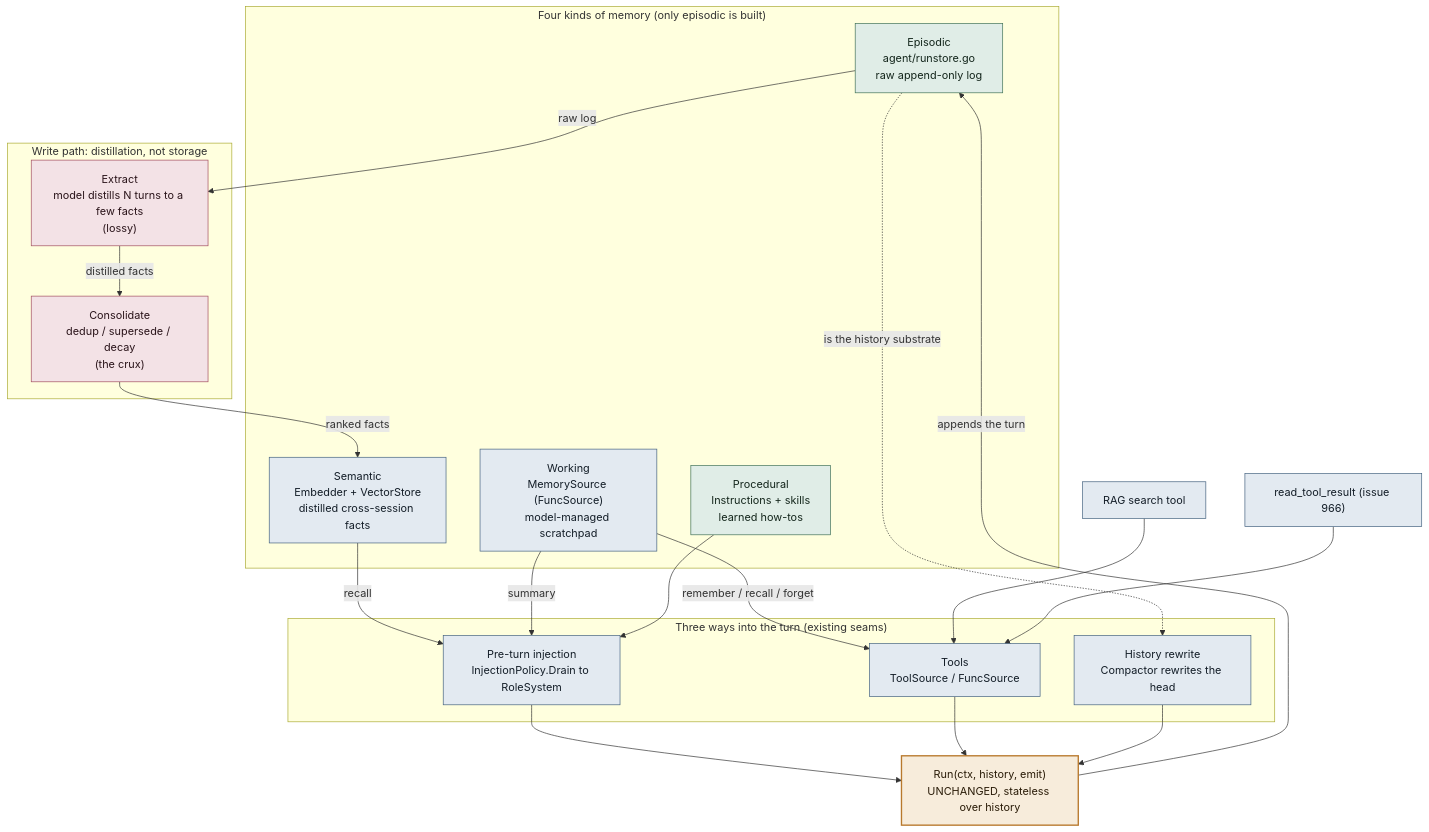
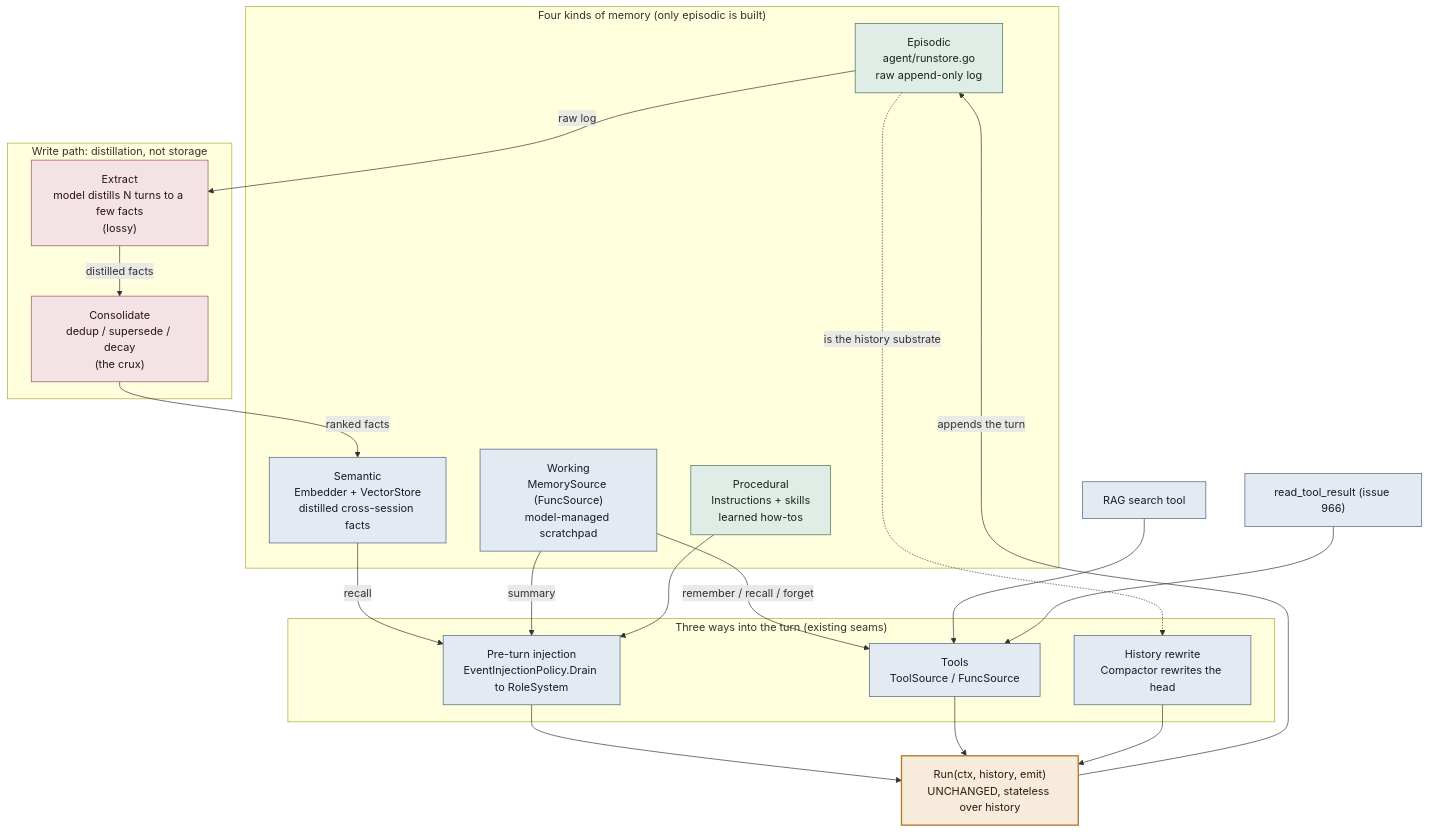
One commit to panyam/chakra changed the diagram in docs/AGENT_MEMORY_FLOW.md. Above: the diagram before and after it, drawn with Mermaid. The commit also changed other lines of this file and 2 other files, not shown here.

Commit message:
refactor(agent): rename InjectionPolicy -> EventInjectionPolicy
The policy is entirely event-shaped (IncomingEvent buffering, ContextHint
from event _meta, per-event aggregation windows + retention). The old
name implied it was the one injection mechanism; semantic recall (940)
adds a separate memory-injection path, so name the event one for what it
is. Mechanical rename: InjectionPolicy/NewInjectionPolicy/InjectionConfig
-> Event-prefixed. ContextHint and InjectedContext keep their names — the
latter is the shared 'rendered entry to inject' shape a memory-injection
path can reuse.

````diff
--- a/docs/AGENT_MEMORY_FLOW.md
+++ b/docs/AGENT_MEMORY_FLOW.md
@@ -9,53 +9,53 @@
 ```mermaid
 flowchart TD
     subgraph TYPES["Four kinds of memory (only episodic is built)"]
         EP["Episodic<br/>agent/runstore.go<br/>raw append-only log"]
         WK["Working<br/>MemorySource (FuncSource)<br/>model-managed scratchpad"]
         SEM["Semantic<br/>Embedder + VectorStore<br/>distilled cross-session facts"]
         PROC["Procedural<br/>Instructions + skills<br/>learned how-tos"]
     end
 
     subgraph PATHS["Three ways into the turn (existing seams)"]
-        INJ["Pre-turn injection<br/>InjectionPolicy.Drain to RoleSystem"]
+        INJ["Pre-turn injection<br/>EventInjectionPolicy.Drain to RoleSystem"]
         TOOL["Tools<br/>ToolSource / FuncSource"]
         HIST["History rewrite<br/>Compactor rewrites the head"]
     end
 
     RUN["Run(ctx, history, emit)<br/>UNCHANGED, stateless over history"]
 
     subgraph WRITE["Write path: distillation, not storage"]
         EXT["Extract<br/>model distills N turns to a few facts<br/>(lossy)"]
         CON["Consolidate<br/>dedup / supersede / decay<br/>(the crux)"]
     end
 
     RAG["RAG search tool"]
     OFF["read_tool_result (issue 966)"]
 
     SEM -- recall --> INJ
     WK -- summary --> INJ
     PROC --> INJ
     WK -- remember / recall / forget --> TOOL
     RAG --> TOOL
     OFF --> TOOL
     EP -. is the history substrate .-> HIST
 
     INJ --> RUN
     TOOL --> RUN
     HIST --> RUN
 
     RUN -- appends the turn --> EP
     EP -- raw log --> EXT
     EXT -- distilled facts --> CON
     CON -- ranked facts --> SEM
 
     classDef built fill:#e0ede7,stroke:#3f7057,color:#14261c;
     classDef p2 fill:#e3eaf1,stroke:#43617f,color:#141e28;
     classDef loop fill:#f7ecdb,stroke:#b8792d,color:#2a1c08,stroke-width:2px;
     classDef note fill:#f3e2e6,stroke:#a24d5f,color:#2a141a;
 
     class EP built
     class PROC built
     class WK,SEM,INJ,TOOL,HIST,RAG,OFF p2
     class RUN loop
     class EXT,CON note
 ```
````
